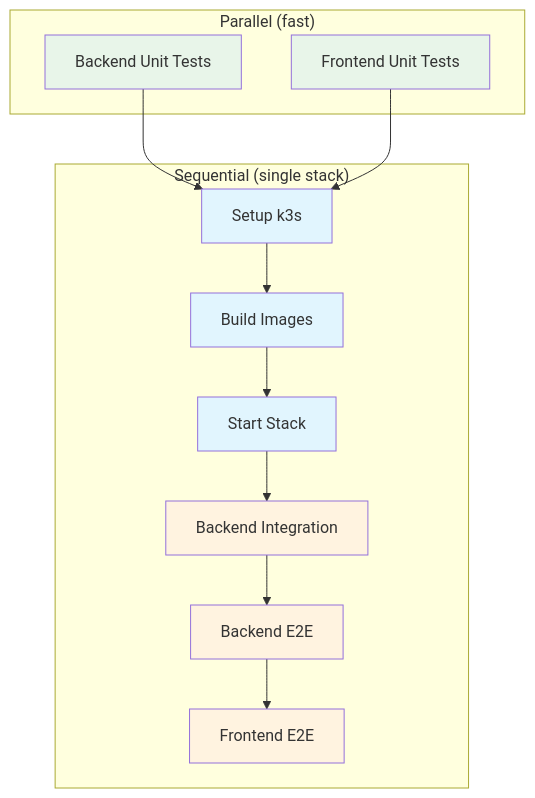
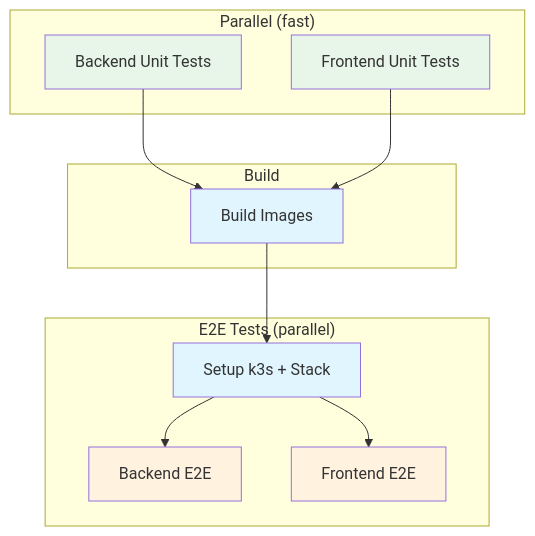
Before and after one commit to HardMax71/Integr8sCode: the third of 3 diagrams in docs/operations/cicd.md, drawn with Mermaid. The commit also changed other lines of this file and 108 other files, not shown here.

Commit message:
removed integration tests, moved all of them to e2e, also updated docs

````diff
--- a/docs/operations/cicd.md
+++ b/docs/operations/cicd.md
@@ -128,29 +128,30 @@
 ```mermaid
 graph TD
     subgraph "Parallel (fast)"
         A[Backend Unit Tests]
         B[Frontend Unit Tests]
     end
 
-    subgraph "Sequential (single stack)"
-        C[Setup k3s]
-        D[Build Images]
-        E[Start Stack]
-        F[Backend Integration]
-        G[Backend E2E]
-        H[Frontend E2E]
-        C --> D --> E --> F --> G --> H
+    subgraph "Build"
+        C[Build Images]
+    end
+
+    subgraph "E2E Tests (parallel)"
+        D[Setup k3s + Stack]
+        E[Backend E2E]
+        F[Frontend E2E]
+        D --> E
+        D --> F
     end
 
     A --> C
     B --> C
+    C --> D
 
     style A fill:#e8f5e9
     style B fill:#e8f5e9
     style C fill:#e1f5fe
     style D fill:#e1f5fe
-    style E fill:#e1f5fe
+    style E fill:#fff3e0
     style F fill:#fff3e0
-    style G fill:#fff3e0
-    style H fill:#fff3e0
 ```
````
